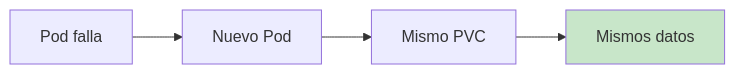
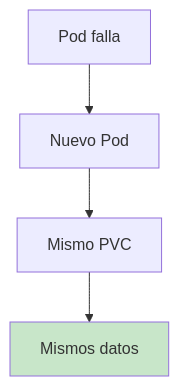
Before and after one commit to map0logo/curso-docker-k8s: diagram 20 of 22 in slides/07-almacenamiento-k8s.qmd, drawn with Mermaid. The commit also changed other lines of this file and 2 other files, not shown here.

````diff
--- a/slides/07-almacenamiento-k8s.qmd
+++ b/slides/07-almacenamiento-k8s.qmd
@@ -754,8 +768,8 @@
 ```{mermaid}
-graph LR
+graph TB
     A[Pod falla] --> B[Nuevo Pod]
     B --> C[Mismo PVC]
     C --> D[Mismos datos]
     
     style D fill:#c8e6c9
 ```
````
